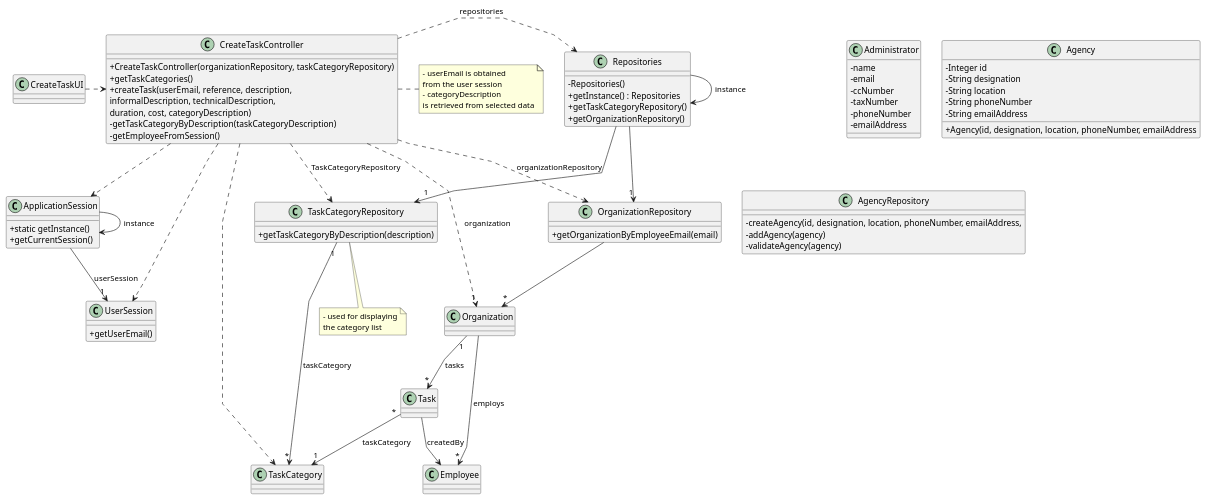
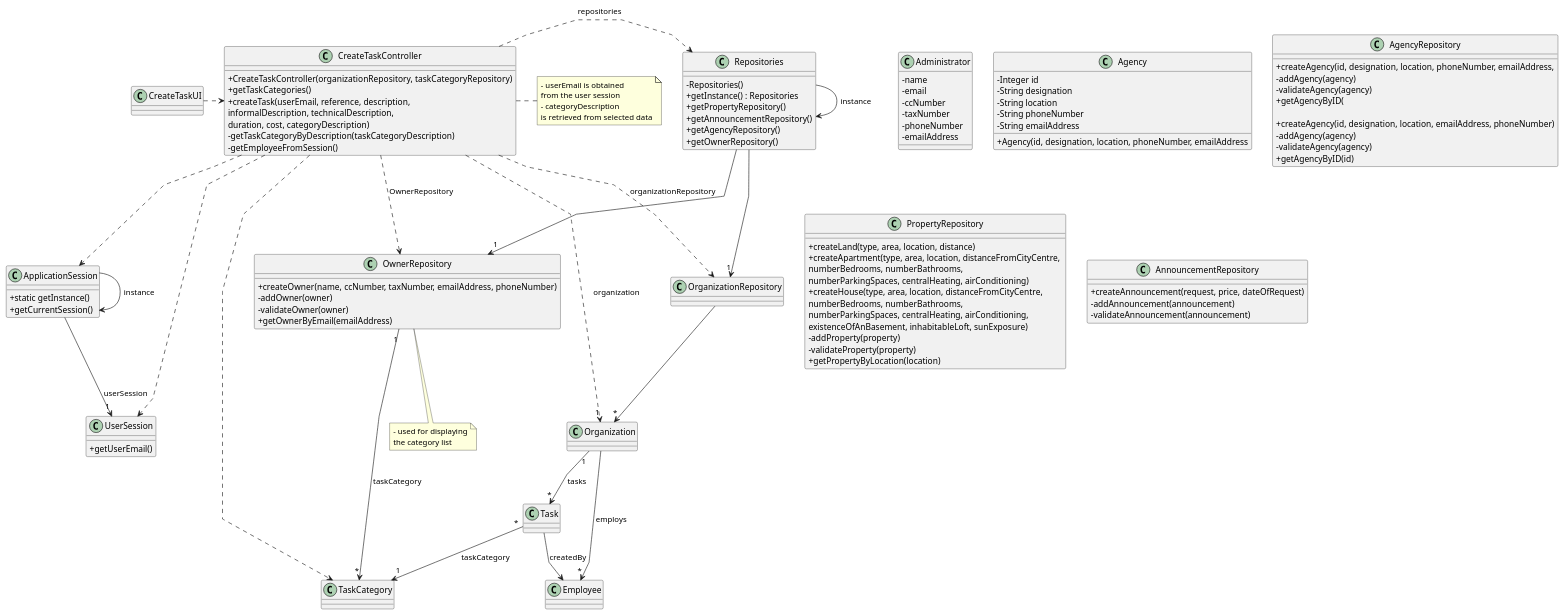
The diagram in docs/Sprint-C/US012/03.design/puml/us006-class-diagram.puml (Rodrick0209/ISEP-LAPR2-22-23), drawn with PlantUML before and after one commit. The commit also changed 4 other files, not shown here.

```diff
--- a/docs/Sprint-C/US012/03.design/puml/us006-class-diagram.puml
+++ b/docs/Sprint-C/US012/03.design/puml/us006-class-diagram.puml
@@ -1,117 +1,144 @@
 @startuml
 'skinparam monochrome true
 skinparam packageStyle rectangle
 skinparam shadowing false
 skinparam linetype polyline
 'skinparam linetype orto
 
 skinparam classAttributeIconSize 0
 
 'left to right direction
 
 class ApplicationSession
 {
     + static getInstance()
     + getCurrentSession()
 }
 
 class UserSession
 {
     + getUserEmail()
 }
 
 class Administrator {
     - name
     - email
     - ccNumber
     - taxNumber
     - phoneNumber
     - emailAddress
 }
 
 
 class Agency{
     - Integer id
     - String designation
     - String location
     - String phoneNumber
     - String emailAddress
 
     + Agency(id, designation, location, phoneNumber, emailAddress
 }
 
 class AgencyRepository {
 
-    - createAgency(id, designation, location, phoneNumber, emailAddress,
+    + createAgency(id, designation, location, phoneNumber, emailAddress,
     - addAgency(agency)
     - validateAgency(agency)
+    + getAgencyByID(
 
 }
 
-class TaskCategoryRepository {
-    + getTaskCategoryByDescription(description)
+class PropertyRepository {
+
+    + createLand(type, area, location, distance)
+    + createApartment(type, area, location, distanceFromCityCentre, \nnumberBedrooms, numberBathrooms, \nnumberParkingSpaces, centralHeating, airConditioning)
+    + createHouse(type, area, location, distanceFromCityCentre, \nnumberBedrooms, numberBathrooms, \nnumberParkingSpaces, centralHeating, airConditioning, \nexistenceOfAnBasement, inhabitableLoft, sunExposure)
+    - addProperty(property)
+    - validateProperty(property)
+    + getPropertyByLocation(location)
+
 }
 
-class OrganizationRepository {
-    + getOrganizationByEmployeeEmail(email)
+class OwnerRepository {
+    + createOwner(name, ccNumber, taxNumber, emailAddress, phoneNumber)
+    - addOwner(owner)
+    - validateOwner(owner)
+    + getOwnerByEmail(emailAddress)
 }
+
+class AgencyRepository {
+    + createAgency(id, designation, location, emailAddress, phoneNumber)
+    - addAgency(agency)
+    - validateAgency(agency)
+    + getAgencyByID(id)
+}
+
+class AnnouncementRepository {
+    +createAnnouncement(request, price, dateOfRequest)
+    -addAnnouncement(announcement)
+    -validateAnnouncement(announcement)
+}
+
 
 class Repositories {
     - Repositories()
     + getInstance() : Repositories
-    + getTaskCategoryRepository()
-    + getOrganizationRepository()
+    + getPropertyRepository()
+    + getAnnouncementRepository()
+    + getAgencyRepository()
+    + getOwnerRepository()
 }
 
 class CreateTaskController {
     + CreateTaskController(organizationRepository, taskCategoryRepository)
     + getTaskCategories()
     + createTask(userEmail, reference, description,\ninformalDescription, technicalDescription,\nduration, cost, categoryDescription)
     - getTaskCategoryByDescription(taskCategoryDescription)
     - getEmployeeFromSession()
 }
 
 note right of CreateTaskController
     - userEmail is obtained
     from the user session
     - categoryDescription
     is retrieved from selected data
 end note
 
-note bottom of TaskCategoryRepository
+note bottom of OwnerRepository
     - used for displaying
     the category list
 end note
 
 class CreateTaskUI {
 }
 
 Repositories -> Repositories : instance
 ApplicationSession -> ApplicationSession : instance
 
 CreateTaskUI .> CreateTaskController
 
 CreateTaskController .> Repositories : repositories
 
-Repositories -> "1" TaskCategoryRepository
+Repositories -> "1" OwnerRepository
 
 CreateTaskController ..> TaskCategory
 CreateTaskController ..> OrganizationRepository : organizationRepository
-CreateTaskController ..> TaskCategoryRepository : TaskCategoryRepository
+CreateTaskController ..> OwnerRepository :OwnerRepository
 
 Repositories --> "1" OrganizationRepository
 
 OrganizationRepository --> "*" Organization
 ApplicationSession --> "1" UserSession : userSession
 
 CreateTaskController ..> "1" Organization : organization
 CreateTaskController ..> ApplicationSession
 CreateTaskController ..> UserSession
 Task "*" --> "1" TaskCategory : taskCategory
-TaskCategoryRepository "1" --> "*" TaskCategory : taskCategory
+OwnerRepository "1" --> "*" TaskCategory : taskCategory
 Organization "1" --> "*" Task : tasks
 Task --> Employee : createdBy
 
 Organization --> "*" Employee : employs
 
 @enduml
```
